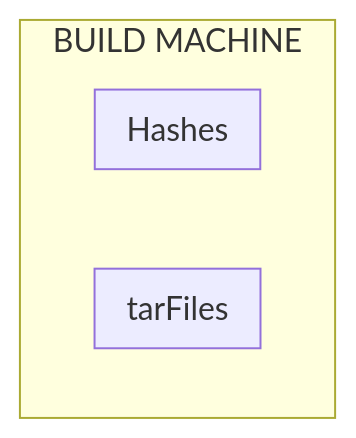
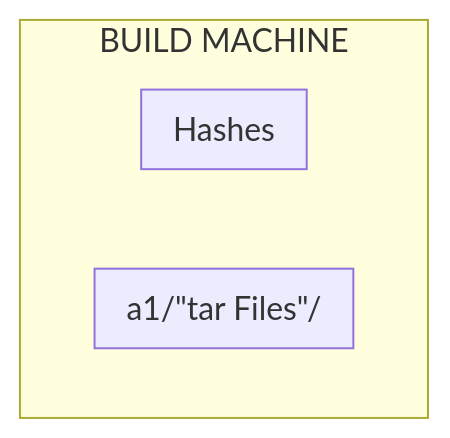
Before and after one commit to lopezji/test-repository: the diagram in README.md, drawn with Mermaid.

````diff
--- a/README.md
+++ b/README.md
@@ -4,11 +4,11 @@
 ```mermaid
 %%{init: {"flowchart": {"htmlLabels": false}} }%%
 flowchart LR
     subgraph a["BUILD MACHINE"]
         direction LR
-        subgraph tarFiles
+        subgraph a1/"tar Files"/
         end
         subgraph Hashes
         end
      end
 ```
````
